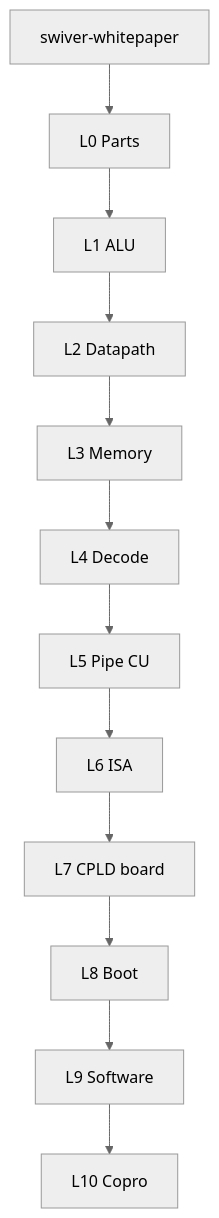
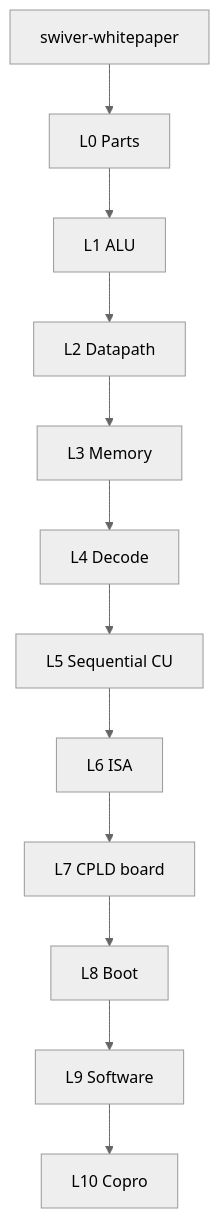
One commit to Flkalas/swiver changed the diagram in reference/README.md. Above: the diagram before and after it, drawn with Mermaid (neutral theme). The commit also changed other lines of this file and 36 other files, not shown here.

````diff
--- a/reference/README.md
+++ b/reference/README.md
@@ -46,16 +46,16 @@
 ```mermaid
 flowchart TB
   WP[swiver-whitepaper]
   L0[L0 Parts]
   L1[L1 ALU]
   L2[L2 Datapath]
   L3[L3 Memory]
   L4[L4 Decode]
-  L5[L5 Pipe CU]
+  L5[L5 Sequential CU]
   L6[L6 ISA]
   L7[L7 CPLD board]
   L8[L8 Boot]
   L9[L9 Software]
   L10[L10 Copro]
   WP --> L0 --> L1 --> L2 --> L3 --> L4 --> L5 --> L6 --> L7 --> L8 --> L9 --> L10
 ```
````
